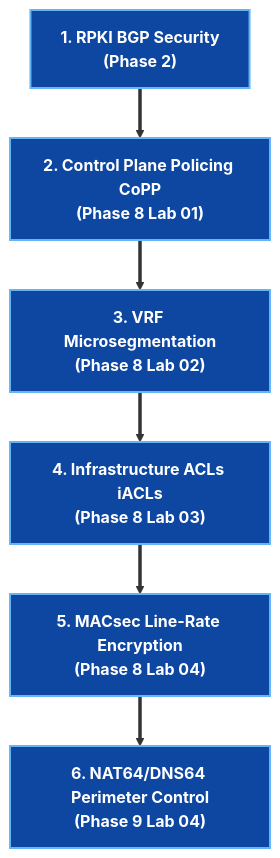
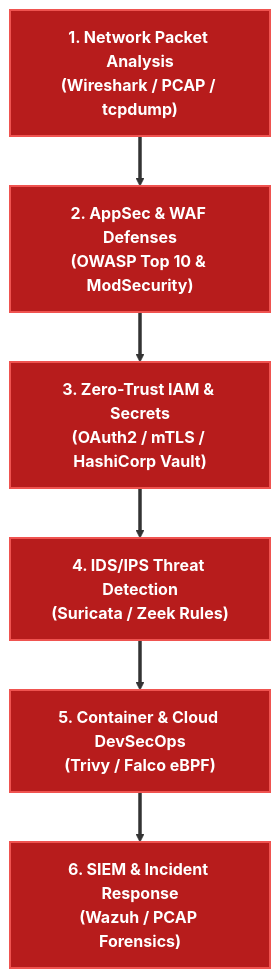
The diagram in docs/tracks/cybersecurity-engineer.md (etherhtun/netforge-labs), drawn with Mermaid before and after one commit. The commit also changed other lines of this file, not shown here.

Commit message:
fix(tracks): rewrite Cybersecurity Track to focus on real AppSec/WAF, Zero-Trust IAM, Suricata IDS/IPS, eBPF Falco, and SIEM incident response

````diff
--- a/docs/tracks/cybersecurity-engineer.md
+++ b/docs/tracks/cybersecurity-engineer.md
@@ -27,11 +27,11 @@
 ```mermaid
 graph TD
-    S1["1. RPKI BGP Security<br/>(Phase 2)"] ==> S2["2. Control Plane Policing CoPP<br/>(Phase 8 Lab 01)"]
-    S2 ==> S3["3. VRF Microsegmentation<br/>(Phase 8 Lab 02)"]
-    S3 ==> S4["4. Infrastructure ACLs iACLs<br/>(Phase 8 Lab 03)"]
-    S4 ==> S5["5. MACsec Line-Rate Encryption<br/>(Phase 8 Lab 04)"]
-    S5 ==> S6["6. NAT64/DNS64 Perimeter Control<br/>(Phase 9 Lab 04)"]
+    S1["1. Network Packet Analysis<br/>(Wireshark / PCAP / tcpdump)"] ==> S2["2. AppSec & WAF Defenses<br/>(OWASP Top 10 & ModSecurity)"]
+    S2 ==> S3["3. Zero-Trust IAM & Secrets<br/>(OAuth2 / mTLS / HashiCorp Vault)"]
+    S3 ==> S4["4. IDS/IPS Threat Detection<br/>(Suricata / Zeek Rules)"]
+    S4 ==> S5["5. Container & Cloud DevSecOps<br/>(Trivy / Falco eBPF)"]
+    S5 ==> S6["6. SIEM & Incident Response<br/>(Wazuh / PCAP Forensics)"]
 
-    classDef sec fill:#0d47a1,stroke:#64b5f6,color:#ffffff,stroke-width:2px,font-weight:bold;
+    classDef sec fill:#b71c1c,stroke:#ef5350,color:#ffffff,stroke-width:2px,font-weight:bold;
     class S1,S2,S3,S4,S5,S6 sec;
 ```
````
